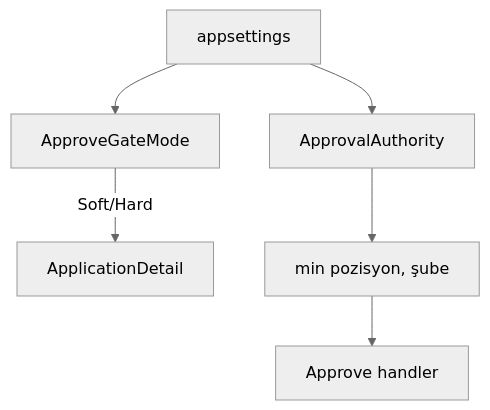
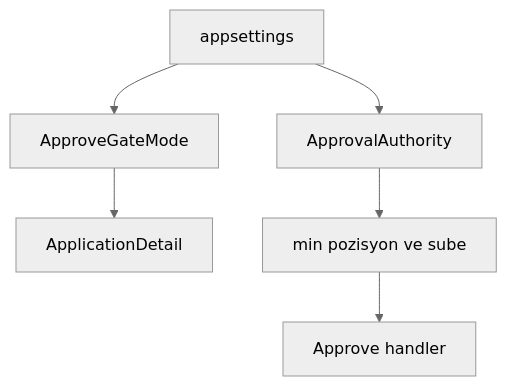
The first of 2 diagrams in docs/learning/tr/30-approve-gate-authority.md (fdeniz07/BankApp), drawn with Mermaid (neutral theme) before and after one commit. The commit also changed other lines of this file and 105 other files, not shown here.

First line of the commit message:
doc: Enrich learning chapters with labs, pitfalls, and safe Mermaid

````diff
--- a/docs/learning/tr/30-approve-gate-authority.md
+++ b/docs/learning/tr/30-approve-gate-authority.md
@@ -11,8 +15,8 @@
 ```mermaid
 flowchart TD
-  CFG[appsettings] --> GATE[ApproveGateMode]
-  CFG --> DOA[ApprovalAuthority]
-  GATE -->|Soft/Hard| UI[ApplicationDetail]
-  DOA --> LIM[min pozisyon, şube]
-  LIM --> APR[Approve handler]
+  CFG["appsettings"] --> GATE["ApproveGateMode"]
+  CFG --> DOA["ApprovalAuthority"]
+  GATE --> UI["ApplicationDetail"]
+  DOA --> LIM["min pozisyon ve sube"]
+  LIM --> APR["Approve handler"]
 ```
````
